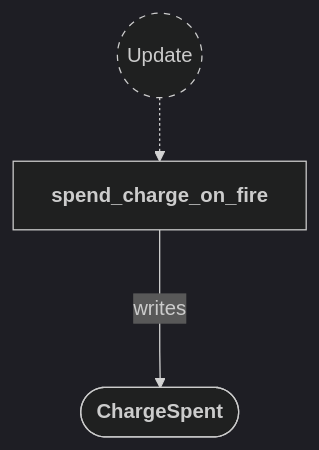
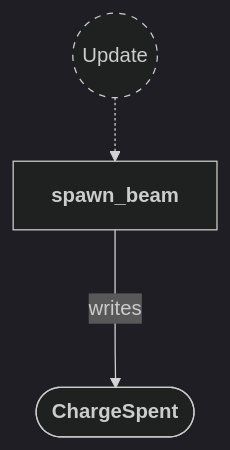
Diagram 11 of 12 in backlog/docs/doc-7 - 006-Beam-plugin.md (neurosoup/tyled), drawn with Mermaid before and after one commit. The commit also changed other lines of this file and 5 other files, not shown here.

First line of the commit message:
Sync HUD, Beam, Claim, Charge, Round, and Maps docs to the charges-bar/round-exhaustion fix

````diff
--- a/backlog/docs/doc-7 - 006-Beam-plugin.md
+++ b/backlog/docs/doc-7 - 006-Beam-plugin.md
@@ -398,18 +387,18 @@
 ```mermaid
 ---
 config:
   theme: dark
 ---
 
 flowchart TD
 classDef system-group stroke-dasharray: 5 5
 
 update(("`Update`")):::system-group
-spend_charge_on_fire["`**spend_charge_on_fire**`"]
+spawn_beam["`**spawn_beam**`"]
 
-update -.-> spend_charge_on_fire
+update -.-> spawn_beam
 
 charge_spent_message(["`**ChargeSpent**`"])
 
-spend_charge_on_fire ---> |writes| charge_spent_message
+spawn_beam ---> |writes| charge_spent_message
 ```
````
